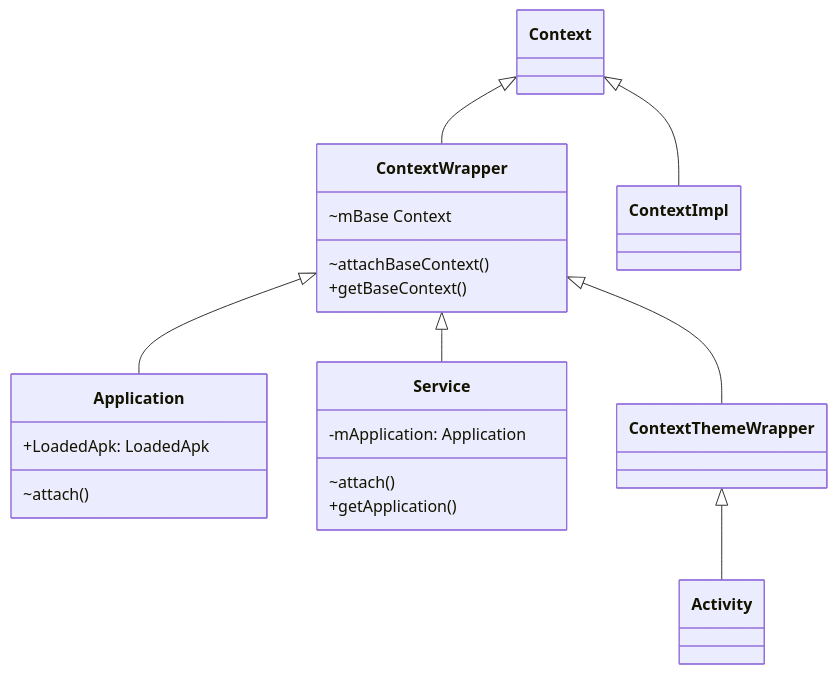
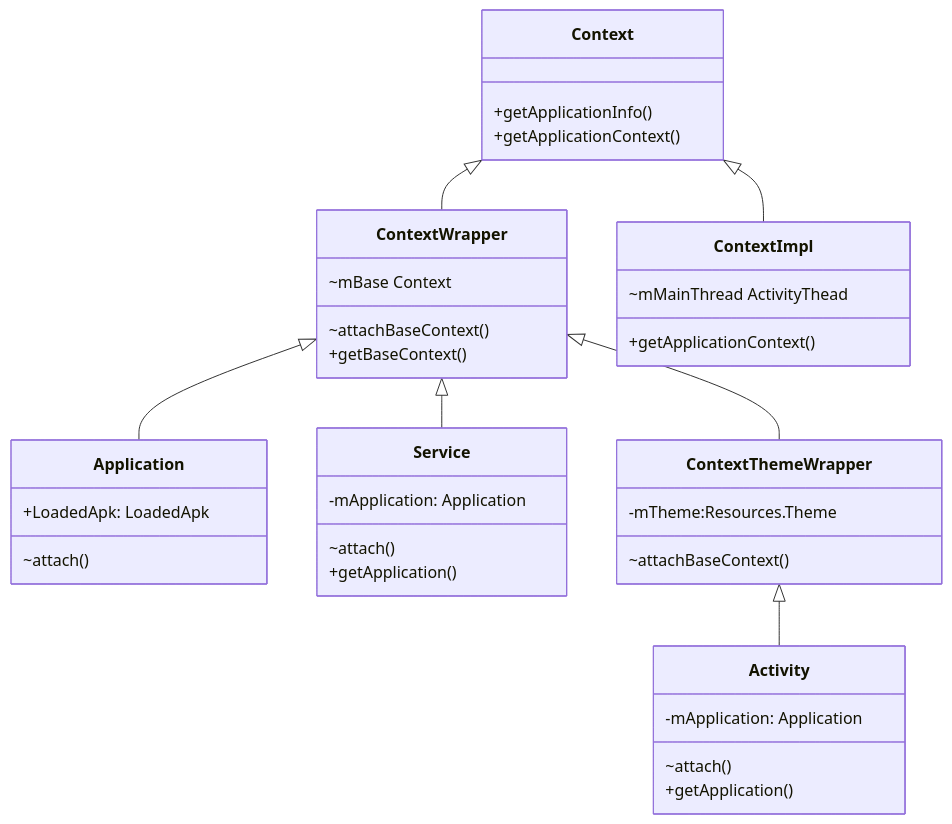
One commit to adisonhuang/adisonhuang.github.io changed the diagram in docs/interview/android_components.md. Above: the diagram before and after it, drawn with Mermaid. The commit also changed 2 other files, not shown here.

Commit message:
java basic

````diff
--- a/docs/interview/android_components.md
+++ b/docs/interview/android_components.md
@@ -7,23 +7,41 @@
     ``` mermaid
     classDiagram
       Context <|-- ContextWrapper
       Context <|-- ContextImpl
       ContextWrapper <|-- Application
       ContextWrapper <|-- Service
       ContextWrapper <|-- ContextThemeWrapper
      ContextThemeWrapper <|-- Activity
      class ContextWrapper{
         ~mBase Context
         ~attachBaseContext()
         +getBaseContext()
      }
       class Application{
         +LoadedApk: LoadedApk
         ~attach()
      }
       class Service{
         -mApplication: Application
         ~attach()
         +getApplication()
       }
+
+     class ContextThemeWrapper{
+        -mTheme:Resources.Theme
+        ~attachBaseContext()
+     }
+      class Activity{
+        -mApplication: Application
+        ~attach()
+        +getApplication()
+      }
+      class ContextImpl{
+        ~mMainThread ActivityThead
+        +getApplicationContext()
+      }
+      class Context{
+        +getApplicationInfo()
+        +getApplicationContext()
+      }
     ```
````
